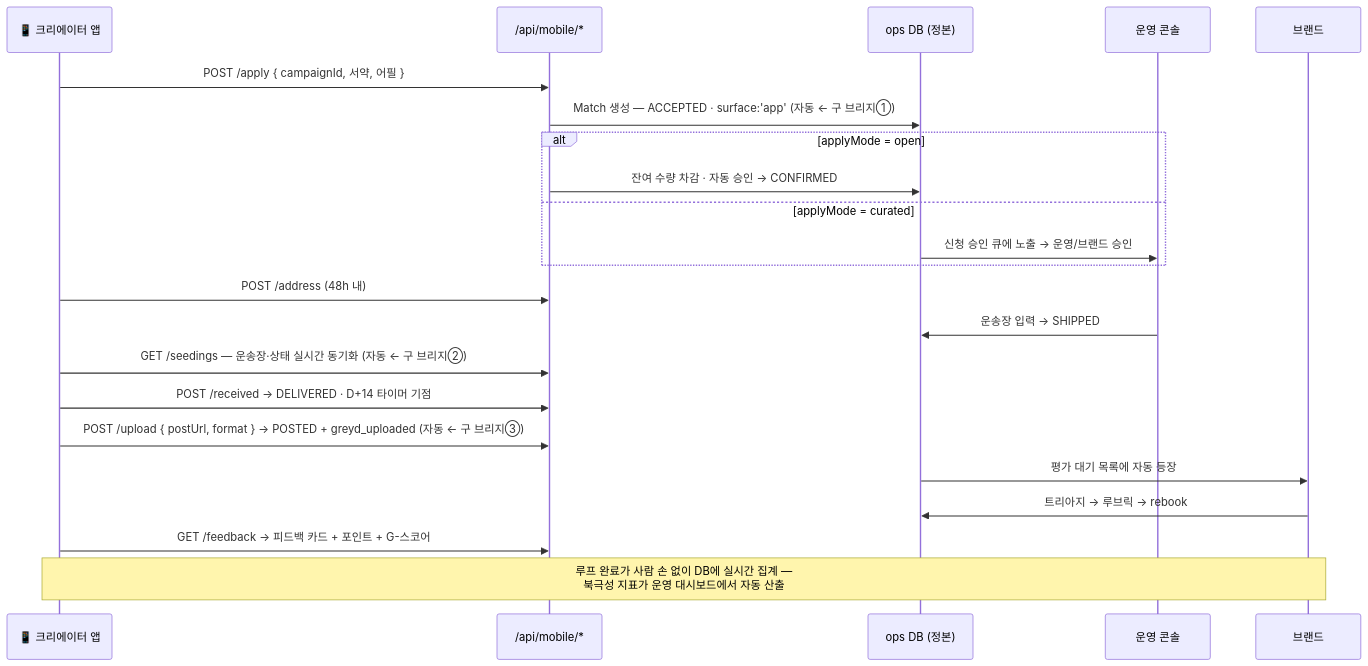
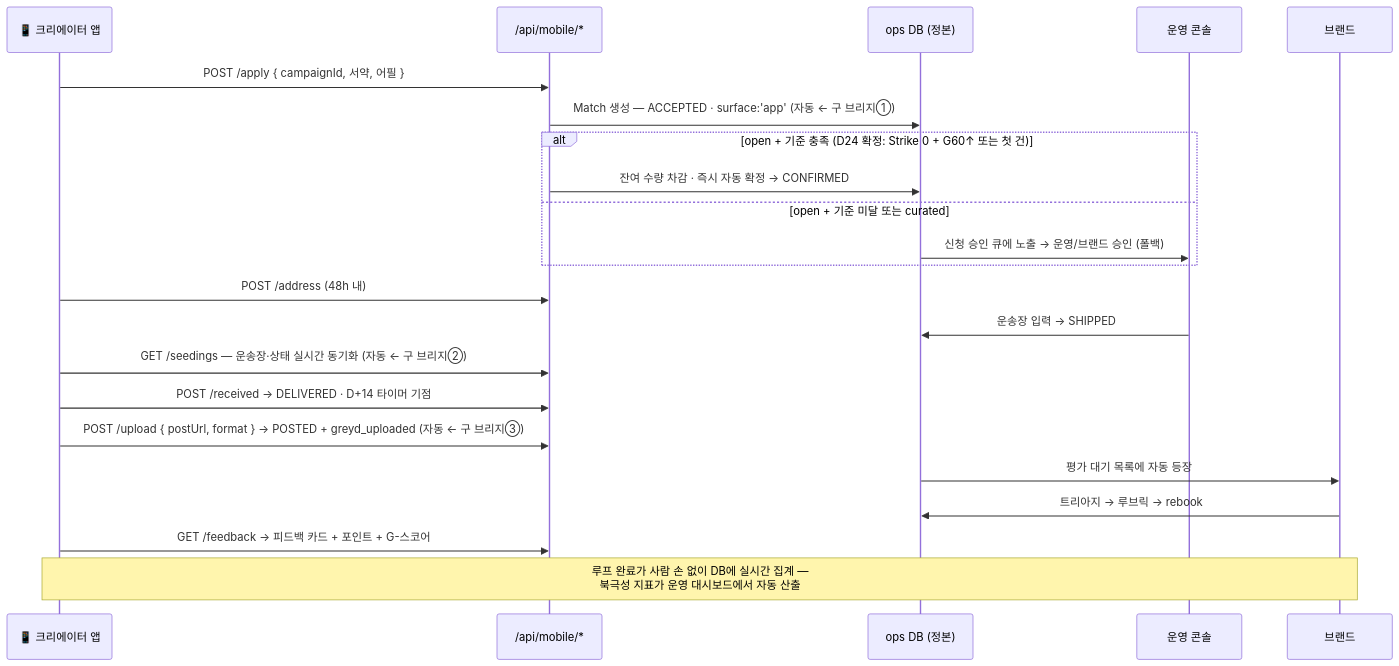
One commit to arbaimauto-creator/app changed the ninth of 11 diagrams in docs/superpowers/specs/2026-08-10-app-ops-alignment-diagrams.md. Above: the diagram before and after it, drawn with Mermaid. The commit also changed other lines of this file and 11 other files, not shown here.

````diff
--- a/docs/superpowers/specs/2026-08-10-app-ops-alignment-diagrams.md
+++ b/docs/superpowers/specs/2026-08-10-app-ops-alignment-diagrams.md
@@ -245,25 +245,25 @@
 ```mermaid
 sequenceDiagram
     participant C as 📱 크리에이터 앱
     participant API as /api/mobile/*
     participant DB as ops DB (정본)
     participant OP as 운영 콘솔
     participant B as 브랜드
 
     C->>API: POST /apply { campaignId, 서약, 어필 }
     API->>DB: Match 생성 — ACCEPTED · surface:'app' (자동 ← 구 브리지①)
-    alt applyMode = open
-        API->>DB: 잔여 수량 차감 · 자동 승인 → CONFIRMED
-    else applyMode = curated
-        DB->>OP: 신청 승인 큐에 노출 → 운영/브랜드 승인
+    alt open + 기준 충족 (D24 확정: Strike 0 + G60↑ 또는 첫 건)
+        API->>DB: 잔여 수량 차감 · 즉시 자동 확정 → CONFIRMED
+    else open + 기준 미달 또는 curated
+        DB->>OP: 신청 승인 큐에 노출 → 운영/브랜드 승인 (폴백)
     end
     C->>API: POST /address (48h 내)
     OP->>DB: 운송장 입력 → SHIPPED
     C->>API: GET /seedings — 운송장·상태 실시간 동기화 (자동 ← 구 브리지②)
     C->>API: POST /received → DELIVERED · D+14 타이머 기점
     C->>API: POST /upload { postUrl, format } → POSTED + greyd_uploaded (자동 ← 구 브리지③)
     DB->>B: 평가 대기 목록에 자동 등장
     B->>DB: 트리아지 → 루브릭 → rebook
     C->>API: GET /feedback → 피드백 카드 + 포인트 + G-스코어
     Note over C,B: 루프 완료가 사람 손 없이 DB에 실시간 집계 —<br/>북극성 지표가 운영 대시보드에서 자동 산출
 ```
````
